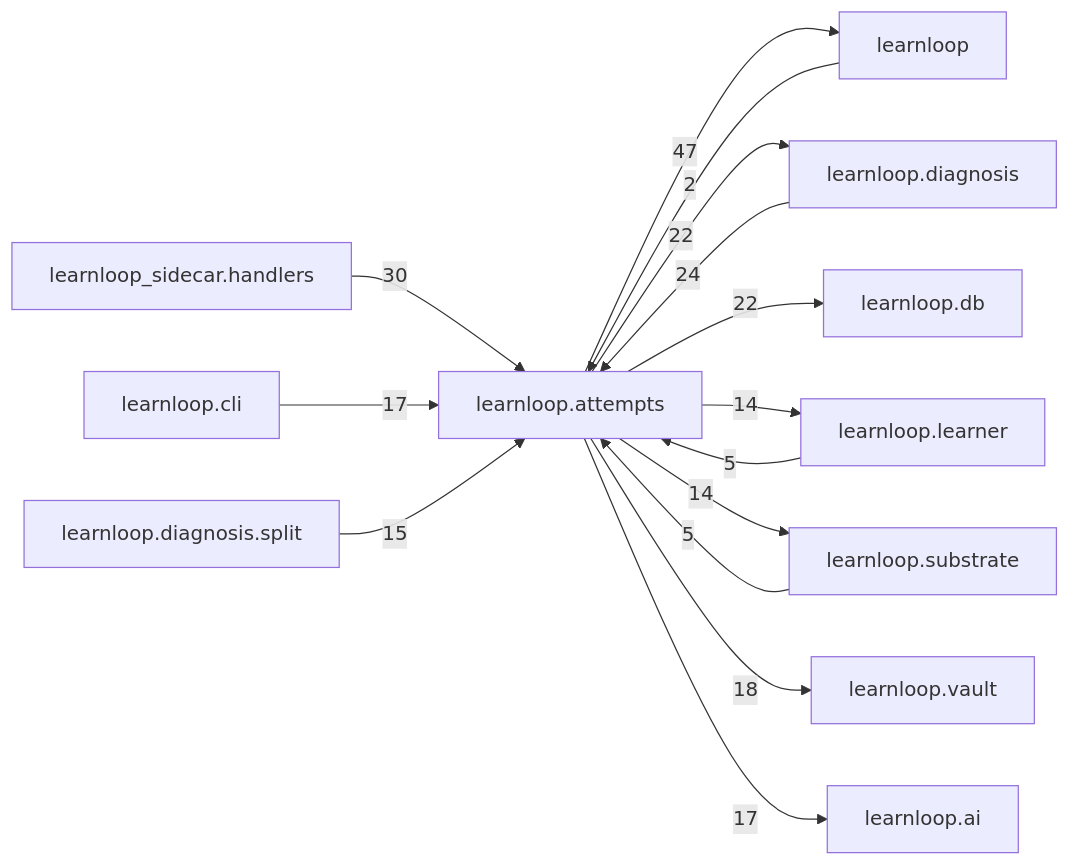
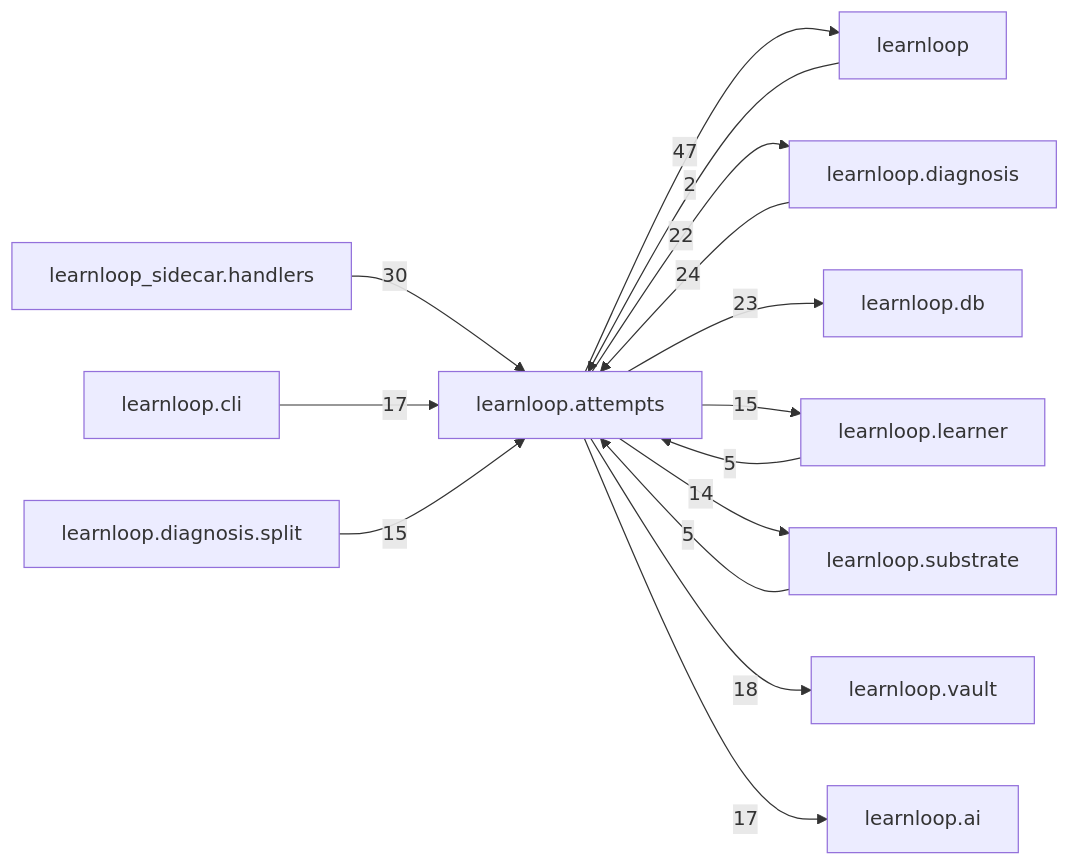
One commit to 6up-b/learnanything changed the diagram in docs/learnloop-architecture-vault/Reference/Modules/learnloop/attempts/_package.md. Above: the diagram before and after it, drawn with Mermaid. The commit also changed other lines of this file and 44 other files, not shown here.

````diff
--- a/docs/learnloop-architecture-vault/Reference/Modules/learnloop/attempts/_package.md
+++ b/docs/learnloop-architecture-vault/Reference/Modules/learnloop/attempts/_package.md
@@ -177,28 +177,28 @@
 ```mermaid
 flowchart LR
     center["learnloop.attempts"]
     n_learnloop["learnloop"]
     n_learnloop_diagnosis["learnloop.diagnosis"]
     n_learnloop_sidecar_handlers["learnloop_sidecar.handlers"]
     n_learnloop_db["learnloop.db"]
     n_learnloop_learner["learnloop.learner"]
     n_learnloop_substrate["learnloop.substrate"]
     n_learnloop_vault["learnloop.vault"]
     n_learnloop_ai["learnloop.ai"]
     n_learnloop_cli["learnloop.cli"]
     n_learnloop_diagnosis_split["learnloop.diagnosis.split"]
     n_learnloop -->|2| center
     center -->|47| n_learnloop
     n_learnloop_diagnosis -->|24| center
     center -->|22| n_learnloop_diagnosis
     n_learnloop_sidecar_handlers -->|30| center
-    center -->|22| n_learnloop_db
+    center -->|23| n_learnloop_db
     n_learnloop_learner -->|5| center
-    center -->|14| n_learnloop_learner
+    center -->|15| n_learnloop_learner
     n_learnloop_substrate -->|5| center
     center -->|14| n_learnloop_substrate
     center -->|18| n_learnloop_vault
     center -->|17| n_learnloop_ai
     n_learnloop_cli -->|17| center
     n_learnloop_diagnosis_split -->|15| center
 ```
````
